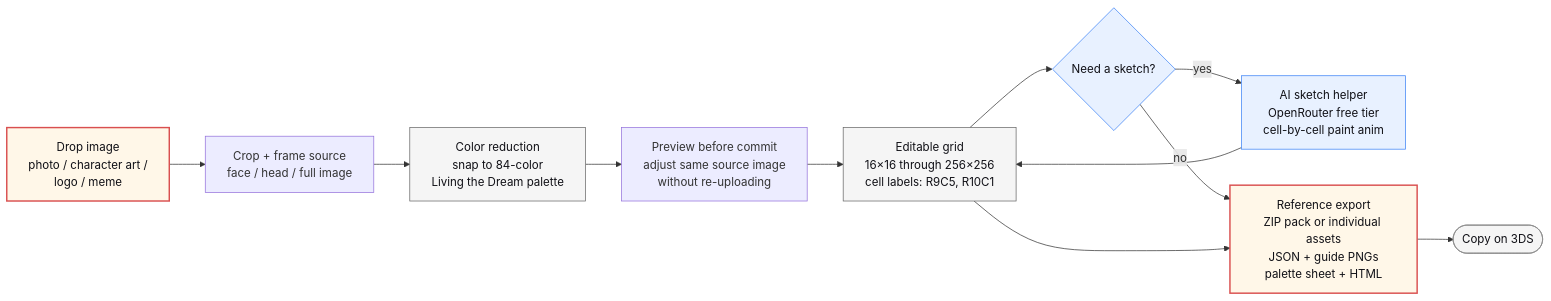
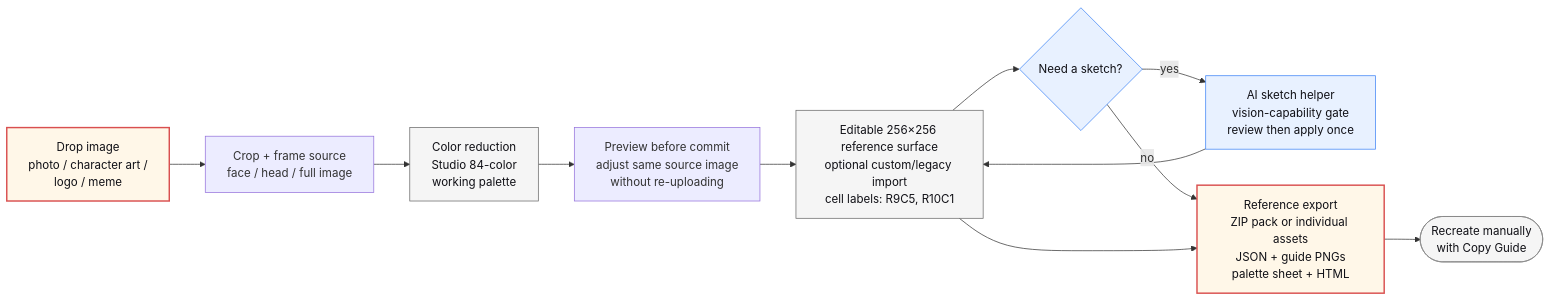
One commit to RazonIn4K/Mii-pixelart changed the second of 2 diagrams in living-the-grid-studio/README.md. Above: the diagram before and after it, drawn with Mermaid. The commit also changed other lines of this file and 380 other files, not shown here.

````diff
--- a/living-the-grid-studio/README.md
+++ b/living-the-grid-studio/README.md
@@ -87,22 +126,22 @@
 ```mermaid
 flowchart LR
     IMG[Drop image<br/>photo / character art /<br/>logo / meme] --> FRAME[Crop + frame source<br/>face / head / full image]
-    FRAME --> QUANT[Color reduction<br/>snap to 84-color<br/>Living the Dream palette]
+    FRAME --> QUANT[Color reduction<br/>Studio 84-color<br/>working palette]
     QUANT --> PREVIEW[Preview before commit<br/>adjust same source image<br/>without re-uploading]
-    PREVIEW --> GRID[Editable grid<br/>16×16 through 256×256<br/>cell labels: R9C5, R10C1]
+    PREVIEW --> GRID[Editable 256×256 reference surface<br/>optional custom/legacy import<br/>cell labels: R9C5, R10C1]
     GRID --> AI{Need a sketch?}
-    AI -- yes --> SKETCH[AI sketch helper<br/>OpenRouter free tier<br/>cell-by-cell paint anim]
+    AI -- yes --> SKETCH[AI sketch helper<br/>vision-capability gate<br/>review then apply once]
     SKETCH --> GRID
     AI -- no --> EXPORT[Reference export<br/>ZIP pack or individual assets<br/>JSON + guide PNGs<br/>palette sheet + HTML]
     GRID --> EXPORT
-    EXPORT --> COPY([Copy on 3DS])
+    EXPORT --> COPY([Recreate manually<br/>with Copy Guide])
 
     classDef io fill:#fff7e8,stroke:#d94f4f,color:#101016,stroke-width:2px
     classDef step fill:#f5f5f5,stroke:#666,color:#101016
     classDef ai fill:#e8f1ff,stroke:#3b82f6,color:#101016
     classDef terminal fill:#f5f5f5,stroke:#888,color:#101016
     class IMG,EXPORT io
     class QUANT,GRID step
     class AI,SKETCH ai
     class COPY terminal
 ```
````
